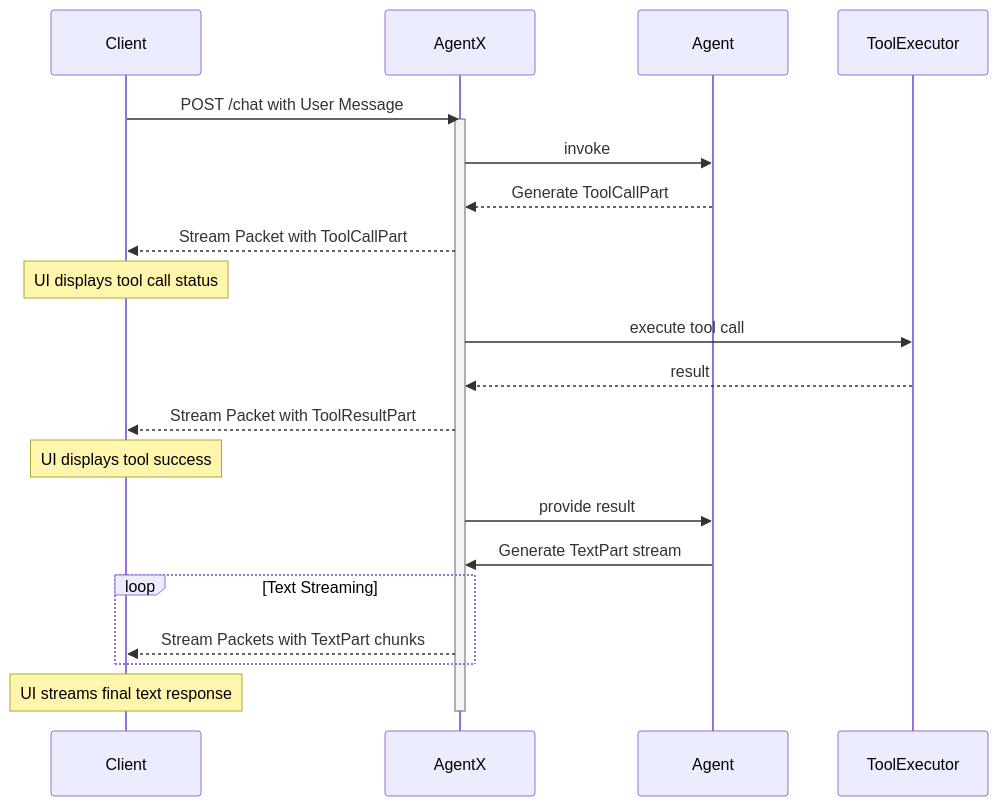
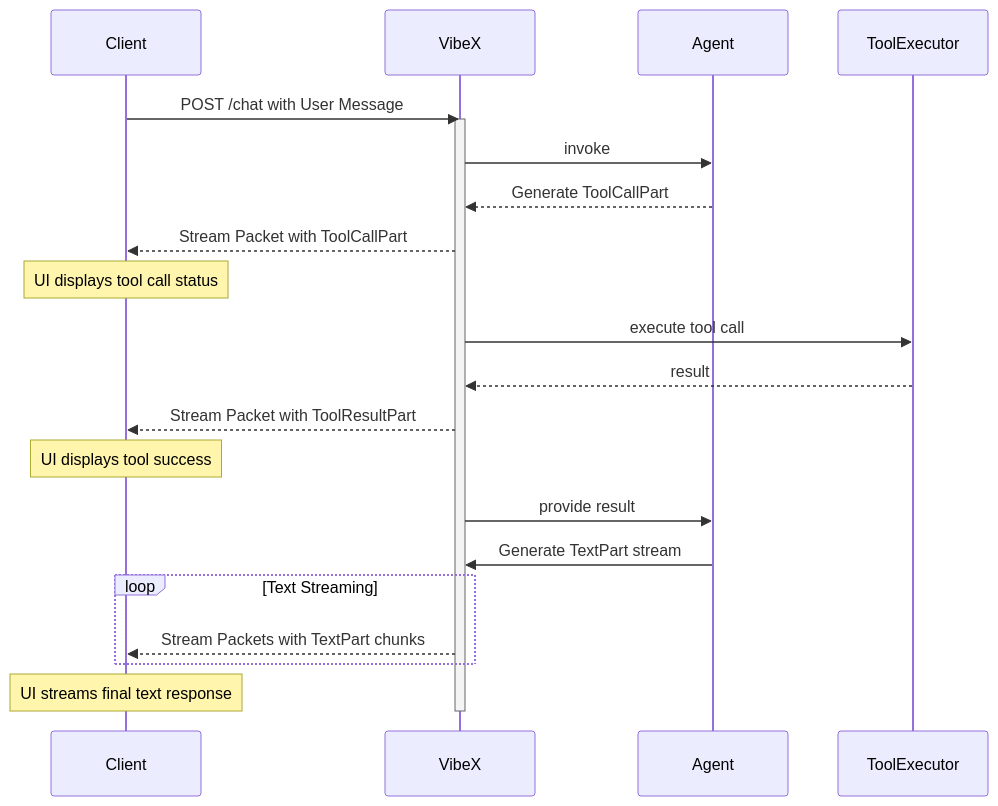
Before and after one commit to dustland/agentx: the diagram in docs/content/docs/design/communication.mdx, drawn with Mermaid. The commit also changed other lines of this file and 193 other files, not shown here.

First line of the commit message:
chore: update documentation and references to reflect project name change from AgentX to VibeX

````diff
--- a/docs/content/docs/design/communication.mdx
+++ b/docs/content/docs/design/communication.mdx
@@ -238,32 +238,32 @@
 ```mermaid
 sequenceDiagram
     participant Client
-    participant AgentX
+    participant VibeX
     participant Agent
     participant ToolExecutor
 
-    Client->>AgentX: POST /chat with User Message
+    Client->>VibeX: POST /chat with User Message
 
-    activate AgentX
-    AgentX->>Agent: invoke
+    activate VibeX
+    VibeX->>Agent: invoke
 
-    Agent-->>AgentX: Generate ToolCallPart
-    AgentX-->>Client: Stream Packet with ToolCallPart
+    Agent-->>VibeX: Generate ToolCallPart
+    VibeX-->>Client: Stream Packet with ToolCallPart
     Note over Client: UI displays tool call status
 
-    AgentX->>ToolExecutor: execute tool call
-    ToolExecutor-->>AgentX: result
+    VibeX->>ToolExecutor: execute tool call
+    ToolExecutor-->>VibeX: result
 
-    AgentX-->>Client: Stream Packet with ToolResultPart
+    VibeX-->>Client: Stream Packet with ToolResultPart
     Note over Client: UI displays tool success
 
-    AgentX->>Agent: provide result
-    Agent->>AgentX: Generate TextPart stream
+    VibeX->>Agent: provide result
+    Agent->>VibeX: Generate TextPart stream
 
     loop Text Streaming
-        AgentX-->>Client: Stream Packets with TextPart chunks
+        VibeX-->>Client: Stream Packets with TextPart chunks
     end
     Note over Client: UI streams final text response
 
-    deactivate AgentX
+    deactivate VibeX
 ```
````
